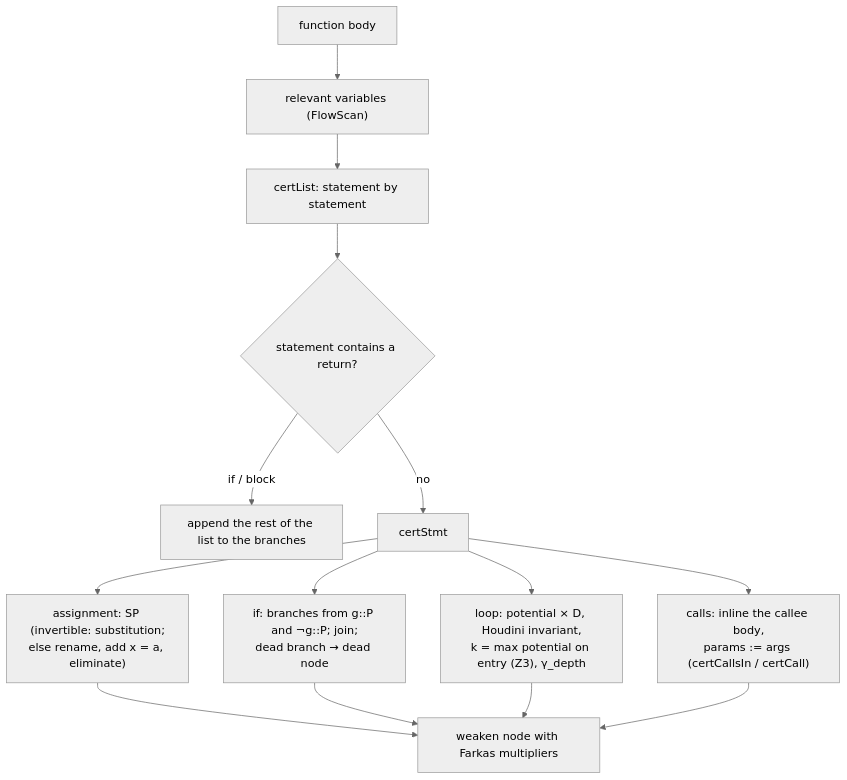
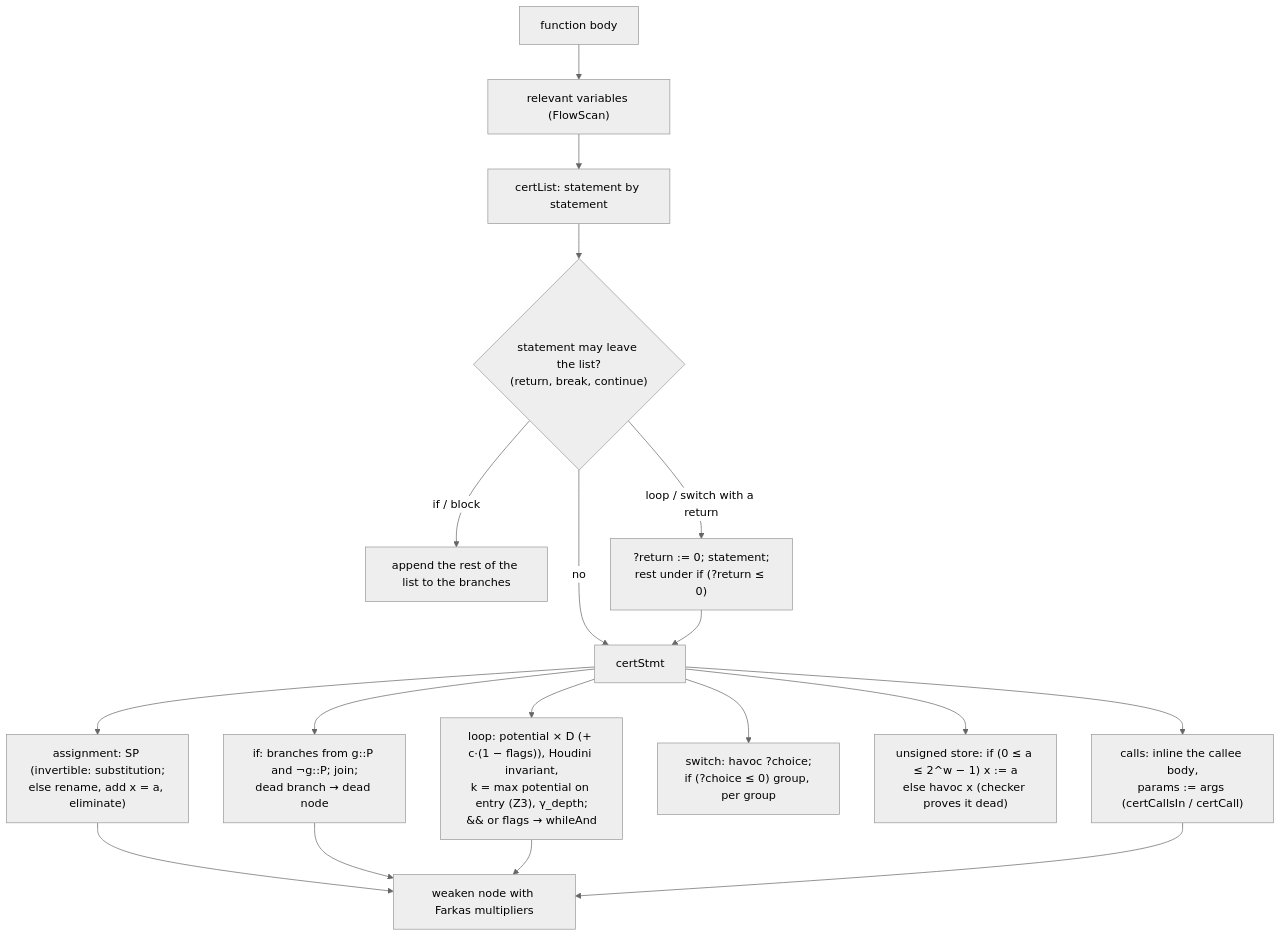
Before and after one commit to ldallolio/crosscheck: the sixth of 6 diagrams in docs/guide/04-plugin.md, drawn with Mermaid (neutral theme). The commit also changed other lines of this file and 28 other files, not shown here.

First line of the commit message:
Certificates for early exits, switch, && tests and unsigned counters

````diff
--- a/docs/guide/04-plugin.md
+++ b/docs/guide/04-plugin.md
@@ -151,16 +151,20 @@
 ```mermaid
 flowchart TD
   F["function body"] --> REL["relevant variables (FlowScan)"]
   REL --> L["certList: statement by statement"]
-  L --> RT{"statement contains a return?"}
+  L --> RT{"statement may leave the list?<br/>(return, break, continue)"}
   RT -- "if / block" --> MV["append the rest of the list to the branches"]
+  RT -- "loop / switch with a return" --> FL["?return := 0; statement;<br/>rest under if (?return ≤ 0)"]
   RT -- no --> ST["certStmt"]
+  FL --> ST
   ST --> AS["assignment: SP (invertible: substitution;<br/>else rename, add x = a, eliminate)"]
   ST --> IF["if: branches from g::P and ¬g::P; join;<br/>dead branch → dead node"]
-  ST --> LP["loop: potential × D, Houdini invariant,<br/>k = max potential on entry (Z3), γ_depth"]
+  ST --> LP["loop: potential × D (+ c·(1 − flags)), Houdini invariant,<br/>k = max potential on entry (Z3), γ_depth;<br/>&& or flags → whileAnd"]
+  ST --> SW["switch: havoc ?choice;<br/>if (?choice ≤ 0) group, per group"]
+  ST --> US["unsigned store: if (0 ≤ a ≤ 2^w − 1) x := a<br/>else havoc x (checker proves it dead)"]
   ST --> CL["calls: inline the callee body,<br/>params := args (certCallsIn / certCall)"]
   AS --> W["weaken node with Farkas multipliers"]
   IF --> W
   LP --> W
   CL --> W
 ```
````
